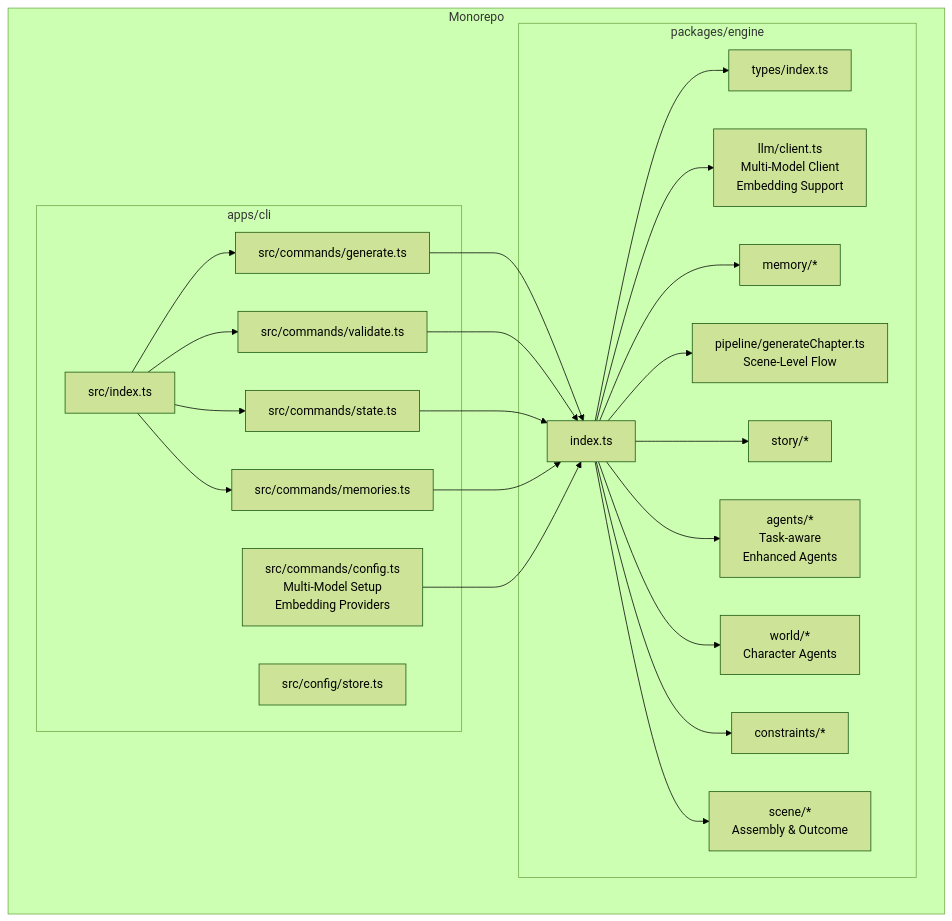
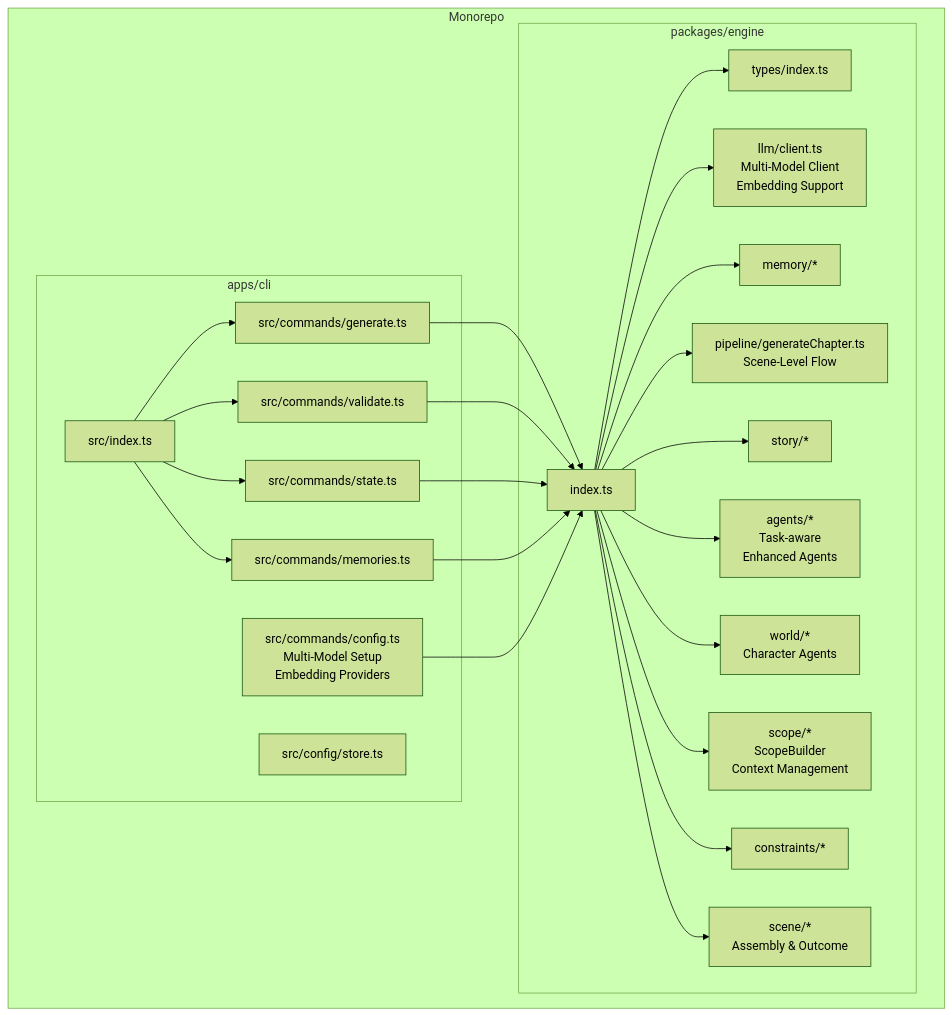
Before and after one commit to liwonder/NARRITIVE_OS: the first of 12 diagrams in .qoder/repowiki/en/content/Engine Architecture/Engine Architecture.md, drawn with Mermaid (forest theme). The commit also changed other lines of this file and 22 other files, not shown here.

````diff
--- a/.qoder/repowiki/en/content/Engine Architecture/Engine Architecture.md
+++ b/.qoder/repowiki/en/content/Engine Architecture/Engine Architecture.md
@@ -79,44 +84,46 @@
 ```mermaid
 graph TB
 subgraph "Monorepo"
 subgraph "packages/engine"
 E_Index["index.ts"]
 E_Types["types/index.ts"]
 E_LLM["llm/client.ts<br/>Multi-Model Client<br/>Embedding Support"]
 E_Memory["memory/*"]
 E_Pipeline["pipeline/generateChapter.ts<br/>Scene-Level Flow"]
 E_Story["story/*"]
 E_Agents["agents/*<br/>Task-aware<br/>Enhanced Agents"]
 E_World["world/*<br/>Character Agents"]
+E_Scope["scope/*<br/>ScopeBuilder<br/>Context Management"]
 E_Constraints["constraints/*"]
 E_Scene["scene/*<br/>Assembly & Outcome"]
 end
 subgraph "apps/cli"
 C_Index["src/index.ts"]
 C_Gen["src/commands/generate.ts"]
 C_Validate["src/commands/validate.ts"]
 C_State["src/commands/state.ts"]
 C_Memories["src/commands/memories.ts"]
 C_Store["src/config/store.ts"]
 C_Config["src/commands/config.ts<br/>Multi-Model Setup<br/>Embedding Providers"]
 end
 end
 C_Index --> C_Gen
 C_Index --> C_Validate
 C_Index --> C_State
 C_Index --> C_Memories
 C_Gen --> E_Index
 C_Validate --> E_Index
 C_State --> E_Index
 C_Memories --> E_Index
 C_Config --> E_Index
 E_Index --> E_Types
 E_Index --> E_LLM
 E_Index --> E_Memory
 E_Index --> E_Pipeline
 E_Index --> E_Story
 E_Index --> E_Agents
 E_Index --> E_World
+E_Index --> E_Scope
 E_Index --> E_Constraints
 E_Index --> E_Scene
 ```
````
